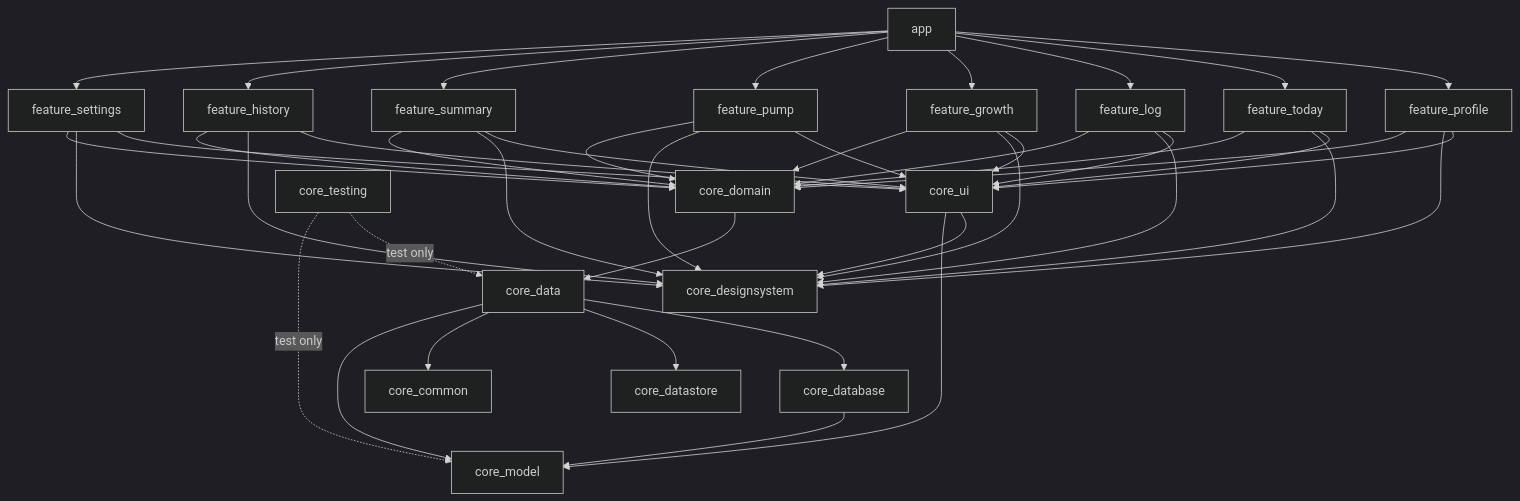
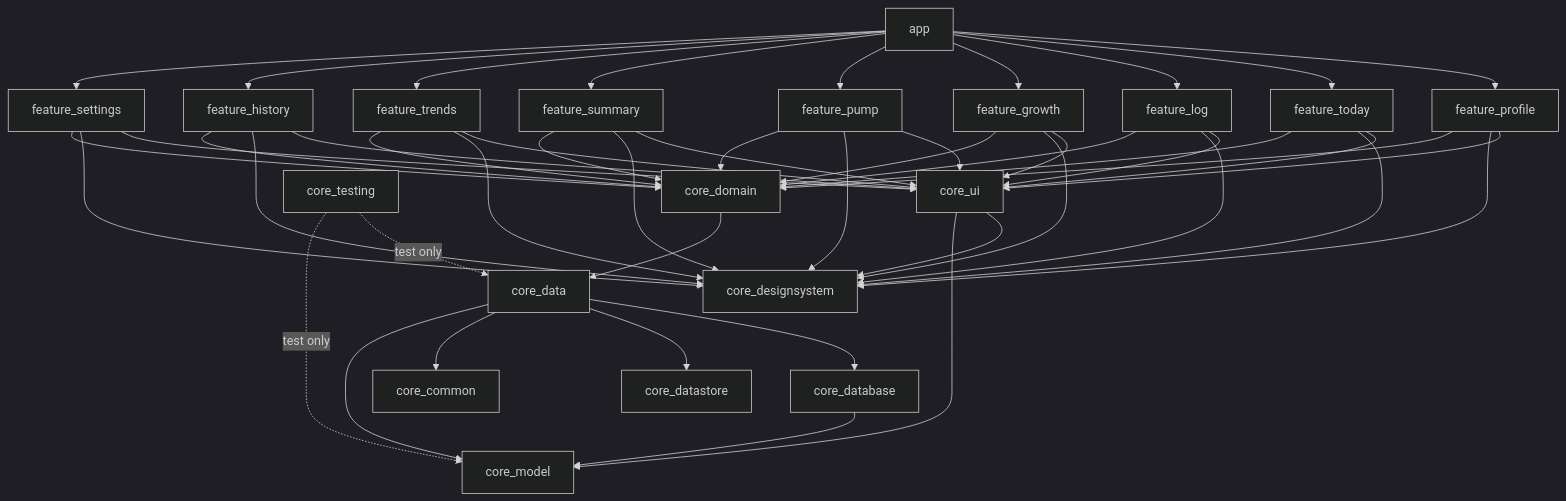
The diagram in docs/ARCHITECTURE.md (rautsagar/baby-status), drawn with Mermaid (dark theme) before and after one commit. The commit also changed other lines of this file and 1 other file, not shown here.

Commit message:
Document Trends in ARCHITECTURE and README (M11)

````diff
--- a/docs/ARCHITECTURE.md
+++ b/docs/ARCHITECTURE.md
@@ -79,10 +80,10 @@
 ```mermaid
 graph TD
-  app --> feature_profile & feature_today & feature_log & feature_growth & feature_pump & feature_summary & feature_history & feature_settings
-  feature_profile & feature_today & feature_log & feature_growth & feature_pump & feature_summary & feature_history & feature_settings --> core_ui & core_designsystem & core_domain
+  app --> feature_profile & feature_today & feature_log & feature_growth & feature_pump & feature_summary & feature_trends & feature_history & feature_settings
+  feature_profile & feature_today & feature_log & feature_growth & feature_pump & feature_summary & feature_trends & feature_history & feature_settings --> core_ui & core_designsystem & core_domain
   core_ui --> core_designsystem & core_model
   core_domain --> core_data
   core_data --> core_database & core_datastore & core_common & core_model
   core_database --> core_model
   core_testing -.test only.-> core_data & core_model
 ```
````
